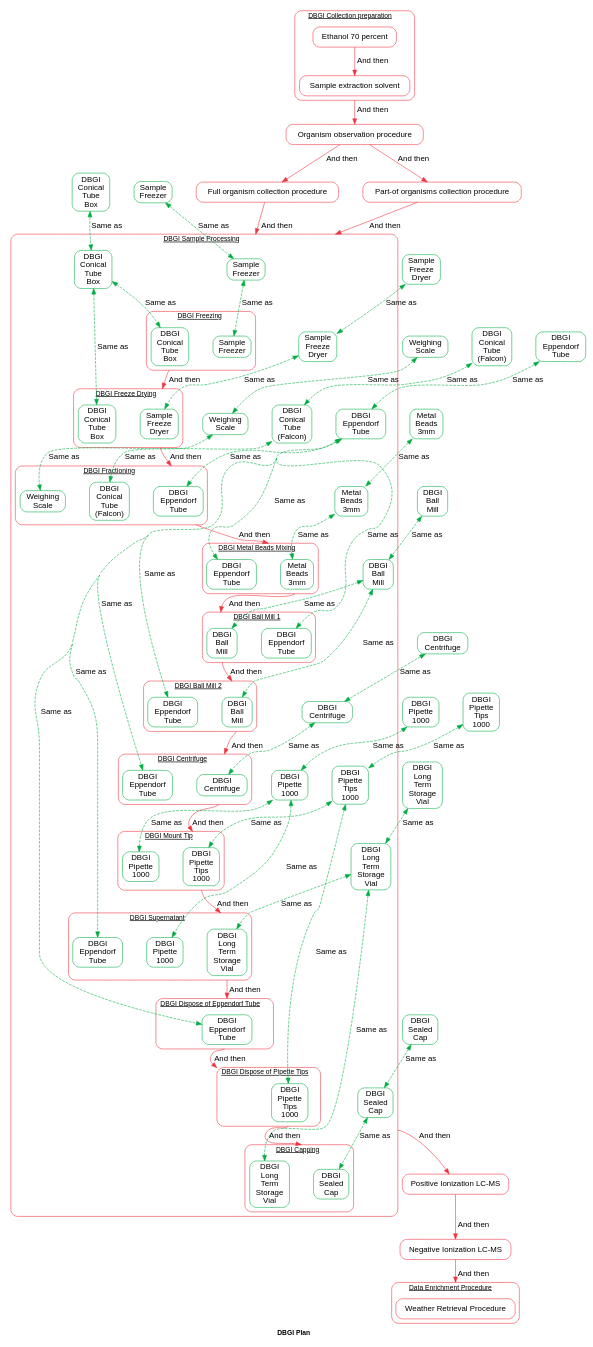
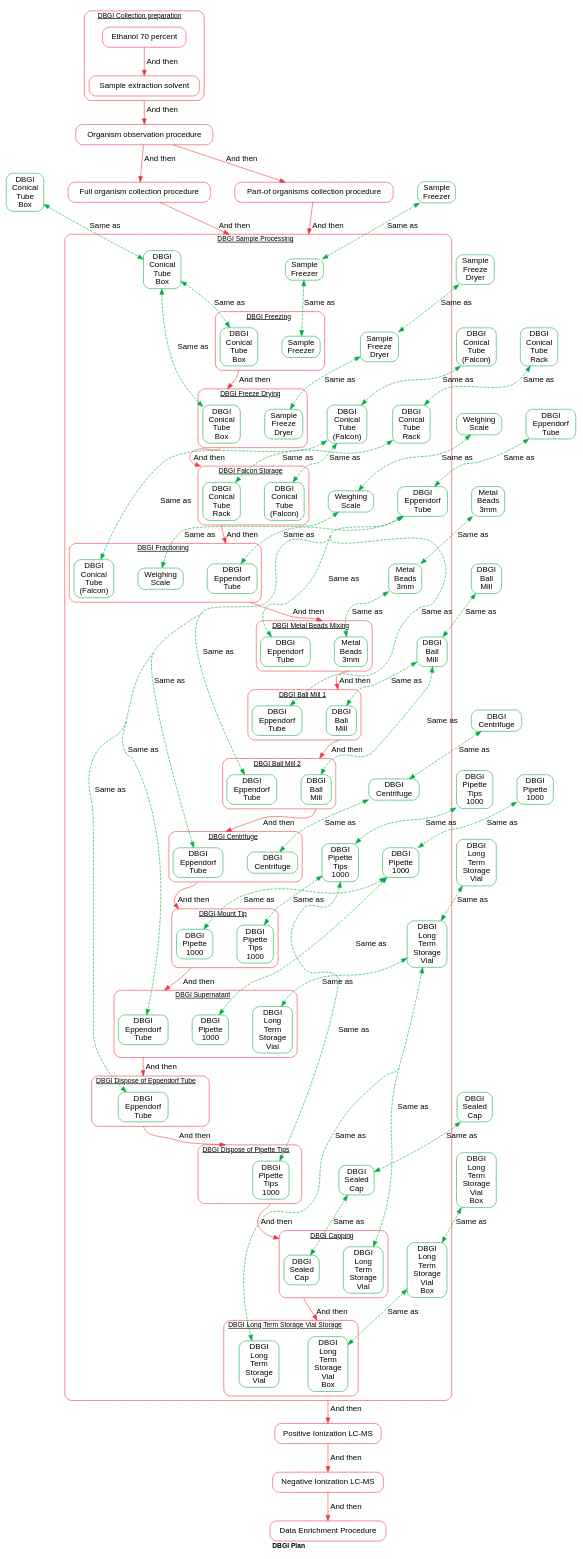
Before and after one commit to earth-metabolome-initiative/emi-monorepo: the diagram in data_migrations/init_migration/test_init_migration.dot, drawn with Graphviz. The commit also changed 252 other files, not shown here.

```diff
--- a/data_migrations/init_migration/test_init_migration.dot
+++ b/data_migrations/init_migration/test_init_migration.dot
@@ -11,32 +11,36 @@
 	];
 	node [style=rounded, fontname="Helvetica"];
 	edge [fontname="Helvetica"];
-    T38 [label="Sample\nFreezer", shape=box, color="#00ad43"];
-    T39 [label="DBGI\nConical\nTube\nBox", shape=box, color="#00ad43"];
-    T40 [label="Sample\nFreeze\nDryer", shape=box, color="#00ad43"];
-    T41 [label="Weighing\nScale", shape=box, color="#00ad43"];
-    T42 [label="DBGI\nConical\nTube\n(Falcon)", shape=box, color="#00ad43"];
-    T43 [label="DBGI\nEppendorf\nTube", shape=box, color="#00ad43"];
-    T44 [label="Metal\nBeads\n3mm", shape=box, color="#00ad43"];
-    T45 [label="DBGI\nBall\nMill", shape=box, color="#00ad43"];
-    T46 [label="DBGI\nCentrifuge", shape=box, color="#00ad43"];
-    T47 [label="DBGI\nPipette\n1000", shape=box, color="#00ad43"];
-    T48 [label="DBGI\nPipette\nTips\n1000", shape=box, color="#00ad43"];
-    T49 [label="DBGI\nLong\nTerm\nStorage\nVial", shape=box, color="#00ad43"];
-    T50 [label="DBGI\nSealed\nCap", shape=box, color="#00ad43"];
-    T38 -> T25 [dir=both, style=dashed, color="#00ad43", label="Same as"];
-    T39 -> T26 [dir=both, style=dashed, color="#00ad43", label="Same as"];
-    T40 -> T27 [dir=both, style=dashed, color="#00ad43", label="Same as"];
-    T41 -> T28 [dir=both, style=dashed, color="#00ad43", label="Same as"];
-    T42 -> T29 [dir=both, style=dashed, color="#00ad43", label="Same as"];
-    T43 -> T30 [dir=both, style=dashed, color="#00ad43", label="Same as"];
-    T44 -> T31 [dir=both, style=dashed, color="#00ad43", label="Same as"];
-    T45 -> T32 [dir=both, style=dashed, color="#00ad43", label="Same as"];
-    T46 -> T33 [dir=both, style=dashed, color="#00ad43", label="Same as"];
-    T47 -> T34 [dir=both, style=dashed, color="#00ad43", label="Same as"];
-    T48 -> T35 [dir=both, style=dashed, color="#00ad43", label="Same as"];
-    T49 -> T36 [dir=both, style=dashed, color="#00ad43", label="Same as"];
-    T50 -> T37 [dir=both, style=dashed, color="#00ad43", label="Same as"];
+    T44 [label="Sample\nFreezer", shape=box, color="#00ad43"];
+    T45 [label="DBGI\nConical\nTube\nBox", shape=box, color="#00ad43"];
+    T46 [label="Sample\nFreeze\nDryer", shape=box, color="#00ad43"];
+    T47 [label="DBGI\nConical\nTube\n(Falcon)", shape=box, color="#00ad43"];
+    T48 [label="DBGI\nConical\nTube\nRack", shape=box, color="#00ad43"];
+    T49 [label="Weighing\nScale", shape=box, color="#00ad43"];
+    T50 [label="DBGI\nEppendorf\nTube", shape=box, color="#00ad43"];
+    T51 [label="Metal\nBeads\n3mm", shape=box, color="#00ad43"];
+    T52 [label="DBGI\nBall\nMill", shape=box, color="#00ad43"];
+    T53 [label="DBGI\nCentrifuge", shape=box, color="#00ad43"];
+    T54 [label="DBGI\nPipette\nTips\n1000", shape=box, color="#00ad43"];
+    T55 [label="DBGI\nPipette\n1000", shape=box, color="#00ad43"];
+    T56 [label="DBGI\nLong\nTerm\nStorage\nVial", shape=box, color="#00ad43"];
+    T57 [label="DBGI\nSealed\nCap", shape=box, color="#00ad43"];
+    T58 [label="DBGI\nLong\nTerm\nStorage\nVial\nBox", shape=box, color="#00ad43"];
+    T44 -> T29 [dir=both, style=dashed, color="#00ad43", label="Same as"];
+    T45 -> T30 [dir=both, style=dashed, color="#00ad43", label="Same as"];
+    T46 -> T31 [dir=both, style=dashed, color="#00ad43", label="Same as"];
+    T47 -> T32 [dir=both, style=dashed, color="#00ad43", label="Same as"];
+    T48 -> T33 [dir=both, style=dashed, color="#00ad43", label="Same as"];
+    T49 -> T34 [dir=both, style=dashed, color="#00ad43", label="Same as"];
+    T50 -> T35 [dir=both, style=dashed, color="#00ad43", label="Same as"];
+    T51 -> T36 [dir=both, style=dashed, color="#00ad43", label="Same as"];
+    T52 -> T37 [dir=both, style=dashed, color="#00ad43", label="Same as"];
+    T53 -> T38 [dir=both, style=dashed, color="#00ad43", label="Same as"];
+    T54 -> T39 [dir=both, style=dashed, color="#00ad43", label="Same as"];
+    T55 -> T40 [dir=both, style=dashed, color="#00ad43", label="Same as"];
+    T56 -> T41 [dir=both, style=dashed, color="#00ad43", label="Same as"];
+    T57 -> T42 [dir=both, style=dashed, color="#00ad43", label="Same as"];
+    T58 -> T43 [dir=both, style=dashed, color="#00ad43", label="Same as"];
 subgraph cluster__0 {
 	label=<<U>DBGI Collection preparation</U>>;
 	style="rounded";
@@ -49,43 +53,49 @@
 	label=<<U>DBGI Sample Processing</U>>;
 	style="rounded";
 	color="#EF3340";
-    T25 [label="Sample\nFreezer", shape=box, color="#00ad43"];
-    T26 [label="DBGI\nConical\nTube\nBox", shape=box, color="#00ad43"];
-    T27 [label="Sample\nFreeze\nDryer", shape=box, color="#00ad43"];
-    T28 [label="Weighing\nScale", shape=box, color="#00ad43"];
-    T29 [label="DBGI\nConical\nTube\n(Falcon)", shape=box, color="#00ad43"];
-    T30 [label="DBGI\nEppendorf\nTube", shape=box, color="#00ad43"];
-    T31 [label="Metal\nBeads\n3mm", shape=box, color="#00ad43"];
-    T32 [label="DBGI\nBall\nMill", shape=box, color="#00ad43"];
-    T33 [label="DBGI\nCentrifuge", shape=box, color="#00ad43"];
-    T34 [label="DBGI\nPipette\n1000", shape=box, color="#00ad43"];
-    T35 [label="DBGI\nPipette\nTips\n1000", shape=box, color="#00ad43"];
-    T36 [label="DBGI\nLong\nTerm\nStorage\nVial", shape=box, color="#00ad43"];
-    T37 [label="DBGI\nSealed\nCap", shape=box, color="#00ad43"];
-    T25 -> T1 [dir=both, style=dashed, color="#00ad43", label="Same as"];
-    T26 -> T2 [dir=both, style=dashed, color="#00ad43", label="Same as"];
-    T26 -> T3 [dir=both, style=dashed, color="#00ad43", label="Same as"];
-    T27 -> T4 [dir=both, style=dashed, color="#00ad43", label="Same as"];
-    T28 -> T5 [dir=both, style=dashed, color="#00ad43", label="Same as"];
-    T29 -> T6 [dir=both, style=dashed, color="#00ad43", label="Same as"];
-    T30 -> T7 [dir=both, style=dashed, color="#00ad43", label="Same as"];
-    T30 -> T8 [dir=both, style=dashed, color="#00ad43", label="Same as"];
-    T30 -> T10 [dir=both, style=dashed, color="#00ad43", label="Same as"];
-    T30 -> T12 [dir=both, style=dashed, color="#00ad43", label="Same as"];
-    T30 -> T14 [dir=both, style=dashed, color="#00ad43", label="Same as"];
-    T30 -> T18 [dir=both, style=dashed, color="#00ad43", label="Same as"];
-    T30 -> T23 [dir=both, style=dashed, color="#00ad43", label="Same as"];
-    T31 -> T9 [dir=both, style=dashed, color="#00ad43", label="Same as"];
-    T32 -> T11 [dir=both, style=dashed, color="#00ad43", label="Same as"];
-    T32 -> T13 [dir=both, style=dashed, color="#00ad43", label="Same as"];
-    T33 -> T15 [dir=both, style=dashed, color="#00ad43", label="Same as"];
-    T34 -> T16 [dir=both, style=dashed, color="#00ad43", label="Same as"];
-    T34 -> T19 [dir=both, style=dashed, color="#00ad43", label="Same as"];
+    T29 [label="Sample\nFreezer", shape=box, color="#00ad43"];
+    T30 [label="DBGI\nConical\nTube\nBox", shape=box, color="#00ad43"];
+    T31 [label="Sample\nFreeze\nDryer", shape=box, color="#00ad43"];
+    T32 [label="DBGI\nConical\nTube\n(Falcon)", shape=box, color="#00ad43"];
+    T33 [label="DBGI\nConical\nTube\nRack", shape=box, color="#00ad43"];
+    T34 [label="Weighing\nScale", shape=box, color="#00ad43"];
+    T35 [label="DBGI\nEppendorf\nTube", shape=box, color="#00ad43"];
+    T36 [label="Metal\nBeads\n3mm", shape=box, color="#00ad43"];
+    T37 [label="DBGI\nBall\nMill", shape=box, color="#00ad43"];
+    T38 [label="DBGI\nCentrifuge", shape=box, color="#00ad43"];
+    T39 [label="DBGI\nPipette\nTips\n1000", shape=box, color="#00ad43"];
+    T40 [label="DBGI\nPipette\n1000", shape=box, color="#00ad43"];
+    T41 [label="DBGI\nLong\nTerm\nStorage\nVial", shape=box, color="#00ad43"];
+    T42 [label="DBGI\nSealed\nCap", shape=box, color="#00ad43"];
+    T43 [label="DBGI\nLong\nTerm\nStorage\nVial\nBox", shape=box, color="#00ad43"];
+    T29 -> T1 [dir=both, style=dashed, color="#00ad43", label="Same as"];
+    T30 -> T2 [dir=both, style=dashed, color="#00ad43", label="Same as"];
+    T30 -> T4 [dir=both, style=dashed, color="#00ad43", label="Same as"];
+    T31 -> T3 [dir=both, style=dashed, color="#00ad43", label="Same as"];
+    T32 -> T5 [dir=both, style=dashed, color="#00ad43", label="Same as"];
+    T32 -> T8 [dir=both, style=dashed, color="#00ad43", label="Same as"];
+    T33 -> T6 [dir=both, style=dashed, color="#00ad43", label="Same as"];
+    T34 -> T7 [dir=both, style=dashed, color="#00ad43", label="Same as"];
+    T35 -> T9 [dir=both, style=dashed, color="#00ad43", label="Same as"];
+    T35 -> T10 [dir=both, style=dashed, color="#00ad43", label="Same as"];
+    T35 -> T12 [dir=both, style=dashed, color="#00ad43", label="Same as"];
+    T35 -> T14 [dir=both, style=dashed, color="#00ad43", label="Same as"];
     T35 -> T17 [dir=both, style=dashed, color="#00ad43", label="Same as"];
-    T35 -> T24 [dir=both, style=dashed, color="#00ad43", label="Same as"];
-    T36 -> T20 [dir=both, style=dashed, color="#00ad43", label="Same as"];
-    T36 -> T21 [dir=both, style=dashed, color="#00ad43", label="Same as"];
-    T37 -> T22 [dir=both, style=dashed, color="#00ad43", label="Same as"];
+    T35 -> T22 [dir=both, style=dashed, color="#00ad43", label="Same as"];
+    T35 -> T27 [dir=both, style=dashed, color="#00ad43", label="Same as"];
+    T36 -> T11 [dir=both, style=dashed, color="#00ad43", label="Same as"];
+    T37 -> T13 [dir=both, style=dashed, color="#00ad43", label="Same as"];
+    T37 -> T15 [dir=both, style=dashed, color="#00ad43", label="Same as"];
+    T38 -> T16 [dir=both, style=dashed, color="#00ad43", label="Same as"];
+    T39 -> T18 [dir=both, style=dashed, color="#00ad43", label="Same as"];
+    T39 -> T28 [dir=both, style=dashed, color="#00ad43", label="Same as"];
+    T40 -> T19 [dir=both, style=dashed, color="#00ad43", label="Same as"];
+    T40 -> T21 [dir=both, style=dashed, color="#00ad43", label="Same as"];
+    T41 -> T20 [dir=both, style=dashed, color="#00ad43", label="Same as"];
+    T41 -> T23 [dir=both, style=dashed, color="#00ad43", label="Same as"];
+    T41 -> T25 [dir=both, style=dashed, color="#00ad43", label="Same as"];
+    T42 -> T24 [dir=both, style=dashed, color="#00ad43", label="Same as"];
+    T43 -> T26 [dir=both, style=dashed, color="#00ad43", label="Same as"];
 subgraph cluster__1_0 {
 	label=<<U>DBGI Freezing</U>>;
 	style="rounded";
@@ -97,108 +107,119 @@
 	label=<<U>DBGI Freeze Drying</U>>;
 	style="rounded";
 	color="#EF3340";
-    T3 [label="DBGI\nConical\nTube\nBox", shape=box, color="#00ad43"];
-    T4 [label="Sample\nFreeze\nDryer", shape=box, color="#00ad43"];
+    T3 [label="Sample\nFreeze\nDryer", shape=box, color="#00ad43"];
+    T4 [label="DBGI\nConical\nTube\nBox", shape=box, color="#00ad43"];
 }
 subgraph cluster__1_2 {
+	label=<<U>DBGI Falcon Storage</U>>;
+	style="rounded";
+	color="#EF3340";
+    T5 [label="DBGI\nConical\nTube\n(Falcon)", shape=box, color="#00ad43"];
+    T6 [label="DBGI\nConical\nTube\nRack", shape=box, color="#00ad43"];
+}
+subgraph cluster__1_3 {
 	label=<<U>DBGI Fractioning</U>>;
 	style="rounded";
 	color="#EF3340";
-    T5 [label="Weighing\nScale", shape=box, color="#00ad43"];
-    T6 [label="DBGI\nConical\nTube\n(Falcon)", shape=box, color="#00ad43"];
-    T7 [label="DBGI\nEppendorf\nTube", shape=box, color="#00ad43"];
+    T7 [label="Weighing\nScale", shape=box, color="#00ad43"];
+    T8 [label="DBGI\nConical\nTube\n(Falcon)", shape=box, color="#00ad43"];
+    T9 [label="DBGI\nEppendorf\nTube", shape=box, color="#00ad43"];
 }
-subgraph cluster__1_3 {
+subgraph cluster__1_4 {
 	label=<<U>DBGI Metal Beads Mixing</U>>;
 	style="rounded";
 	color="#EF3340";
-    T8 [label="DBGI\nEppendorf\nTube", shape=box, color="#00ad43"];
-    T9 [label="Metal\nBeads\n3mm", shape=box, color="#00ad43"];
-}
-subgraph cluster__1_4 {
-	label=<<U>DBGI Ball Mill 1</U>>;
-	style="rounded";
-	color="#EF3340";
     T10 [label="DBGI\nEppendorf\nTube", shape=box, color="#00ad43"];
-    T11 [label="DBGI\nBall\nMill", shape=box, color="#00ad43"];
+    T11 [label="Metal\nBeads\n3mm", shape=box, color="#00ad43"];
 }
 subgraph cluster__1_5 {
-	label=<<U>DBGI Ball Mill 2</U>>;
+	label=<<U>DBGI Ball Mill 1</U>>;
 	style="rounded";
 	color="#EF3340";
     T12 [label="DBGI\nEppendorf\nTube", shape=box, color="#00ad43"];
     T13 [label="DBGI\nBall\nMill", shape=box, color="#00ad43"];
 }
 subgraph cluster__1_6 {
+	label=<<U>DBGI Ball Mill 2</U>>;
+	style="rounded";
+	color="#EF3340";
+    T14 [label="DBGI\nEppendorf\nTube", shape=box, color="#00ad43"];
+    T15 [label="DBGI\nBall\nMill", shape=box, color="#00ad43"];
+}
+subgraph cluster__1_7 {
 	label=<<U>DBGI Centrifuge</U>>;
 	style="rounded";
 	color="#EF3340";
-    T14 [label="DBGI\nEppendorf\nTube", shape=box, color="#00ad43"];
-    T15 [label="DBGI\nCentrifuge", shape=box, color="#00ad43"];
+    T16 [label="DBGI\nCentrifuge", shape=box, color="#00ad43"];
+    T17 [label="DBGI\nEppendorf\nTube", shape=box, color="#00ad43"];
 }
-subgraph cluster__1_7 {
+subgraph cluster__1_8 {
 	label=<<U>DBGI Mount Tip</U>>;
 	style="rounded";
 	color="#EF3340";
-    T16 [label="DBGI\nPipette\n1000", shape=box, color="#00ad43"];
-    T17 [label="DBGI\nPipette\nTips\n1000", shape=box, color="#00ad43"];
+    T18 [label="DBGI\nPipette\nTips\n1000", shape=box, color="#00ad43"];
+    T19 [label="DBGI\nPipette\n1000", shape=box, color="#00ad43"];
 }
-subgraph cluster__1_8 {
+subgraph cluster__1_9 {
 	label=<<U>DBGI Supernatant</U>>;
 	style="rounded";
 	color="#EF3340";
-    T18 [label="DBGI\nEppendorf\nTube", shape=box, color="#00ad43"];
-    T19 [label="DBGI\nPipette\n1000", shape=box, color="#00ad43"];
     T20 [label="DBGI\nLong\nTerm\nStorage\nVial", shape=box, color="#00ad43"];
+    T21 [label="DBGI\nPipette\n1000", shape=box, color="#00ad43"];
+    T22 [label="DBGI\nEppendorf\nTube", shape=box, color="#00ad43"];
 }
-subgraph cluster__1_9 {
+subgraph cluster__1_10 {
 	label=<<U>DBGI Capping</U>>;
 	style="rounded";
 	color="#EF3340";
-    T21 [label="DBGI\nLong\nTerm\nStorage\nVial", shape=box, color="#00ad43"];
-    T22 [label="DBGI\nSealed\nCap", shape=box, color="#00ad43"];
+    T23 [label="DBGI\nLong\nTerm\nStorage\nVial", shape=box, color="#00ad43"];
+    T24 [label="DBGI\nSealed\nCap", shape=box, color="#00ad43"];
 }
-subgraph cluster__1_10 {
+subgraph cluster__1_11 {
+	label=<<U>DBGI Long Term Storage Vial Storage</U>>;
+	style="rounded";
+	color="#EF3340";
+    T25 [label="DBGI\nLong\nTerm\nStorage\nVial", shape=box, color="#00ad43"];
+    T26 [label="DBGI\nLong\nTerm\nStorage\nVial\nBox", shape=box, color="#00ad43"];
+}
+subgraph cluster__1_12 {
 	label=<<U>DBGI Dispose of Eppendorf Tube</U>>;
 	style="rounded";
 	color="#EF3340";
-    T23 [label="DBGI\nEppendorf\nTube", shape=box, color="#00ad43"];
+    T27 [label="DBGI\nEppendorf\nTube", shape=box, color="#00ad43"];
 }
-subgraph cluster__1_11 {
+subgraph cluster__1_13 {
 	label=<<U>DBGI Dispose of Pipette Tips</U>>;
 	style="rounded";
 	color="#EF3340";
-    T24 [label="DBGI\nPipette\nTips\n1000", shape=box, color="#00ad43"];
+    T28 [label="DBGI\nPipette\nTips\n1000", shape=box, color="#00ad43"];
 }
     T2:s -> T4:n [label="And then", color="#EF3340", ltail=cluster__1_0, lhead=cluster__1_1];
-    T4:s -> T7:n [label="And then", color="#EF3340", ltail=cluster__1_1, lhead=cluster__1_2];
-    T7:s -> T9:n [label="And then", color="#EF3340", ltail=cluster__1_2, lhead=cluster__1_3];
+    T4:s -> T6:n [label="And then", color="#EF3340", ltail=cluster__1_1, lhead=cluster__1_2];
+    T6:s -> T9:n [label="And then", color="#EF3340", ltail=cluster__1_2, lhead=cluster__1_3];
     T9:s -> T11:n [label="And then", color="#EF3340", ltail=cluster__1_3, lhead=cluster__1_4];
     T11:s -> T13:n [label="And then", color="#EF3340", ltail=cluster__1_4, lhead=cluster__1_5];
     T13:s -> T15:n [label="And then", color="#EF3340", ltail=cluster__1_5, lhead=cluster__1_6];
     T15:s -> T17:n [label="And then", color="#EF3340", ltail=cluster__1_6, lhead=cluster__1_7];
-    T17:s -> T20:n [label="And then", color="#EF3340", ltail=cluster__1_7, lhead=cluster__1_8];
-    T20:s -> T23:n [label="And then", color="#EF3340", ltail=cluster__1_8, lhead=cluster__1_10];
-    T23:s -> T24:n [label="And then", color="#EF3340", ltail=cluster__1_10, lhead=cluster__1_11];
-    T24:s -> T22:n [label="And then", color="#EF3340", ltail=cluster__1_11, lhead=cluster__1_9];
+    T17:s -> T19:n [label="And then", color="#EF3340", ltail=cluster__1_7, lhead=cluster__1_8];
+    T19:s -> T22:n [label="And then", color="#EF3340", ltail=cluster__1_8, lhead=cluster__1_9];
+    T22:s -> T27:n [label="And then", color="#EF3340", ltail=cluster__1_9, lhead=cluster__1_12];
+    T24:s -> T26:n [label="And then", color="#EF3340", ltail=cluster__1_10, lhead=cluster__1_11];
+    T27:s -> T28:n [label="And then", color="#EF3340", ltail=cluster__1_12, lhead=cluster__1_13];
+    T28:s -> T24:n [label="And then", color="#EF3340", ltail=cluster__1_13, lhead=cluster__1_10];
 }
-    P18 [label="Positive Ionization LC-MS", shape=box, color="#EF3340"];
-    P19 [label="Negative Ionization LC-MS", shape=box, color="#EF3340"];
-    P20 [label="Organism observation procedure", shape=box, color="#EF3340"];
-    P21 [label="Full organism collection procedure", shape=box, color="#EF3340"];
-    P22 [label="Part-of organisms collection procedure", shape=box, color="#EF3340"];
-subgraph cluster__7 {
-	label=<<U>Data Enrichment Procedure</U>>;
-	style="rounded";
-	color="#EF3340";
-	P24 [label="Weather Retrieval Procedure", shape=box, color="#EF3340"];
+    P20 [label="Positive Ionization LC-MS", shape=box, color="#EF3340"];
+    P21 [label="Negative Ionization LC-MS", shape=box, color="#EF3340"];
+    P22 [label="Organism observation procedure", shape=box, color="#EF3340"];
+    P23 [label="Full organism collection procedure", shape=box, color="#EF3340"];
+    P24 [label="Part-of organisms collection procedure", shape=box, color="#EF3340"];
+    P25 [label="Data Enrichment Procedure", shape=box, color="#EF3340"];
+    P4 -> P22 [label="And then", color="#EF3340", ltail=cluster__0];
+    T26 -> P20 [label="And then", color="#EF3340", ltail=cluster__1];
+    P20 -> P21 [label="And then", color="#EF3340"];
+    P21 -> P25 [label="And then", color="#EF3340"];
+    P22 -> P23 [label="And then", color="#EF3340"];
+    P22 -> P24 [label="And then", color="#EF3340"];
+    P23 -> T29 [label="And then", color="#EF3340", lhead=cluster__1];
+    P24 -> T29 [label="And then", color="#EF3340", lhead=cluster__1];
 }
-    P4 -> P20 [label="And then", color="#EF3340", ltail=cluster__0];
-    T24 -> P18 [label="And then", color="#EF3340", ltail=cluster__1];
-    P18 -> P19 [label="And then", color="#EF3340"];
-    P19 -> P24 [label="And then", color="#EF3340", lhead=cluster__7];
-    P20 -> P21 [label="And then", color="#EF3340"];
-    P20 -> P22 [label="And then", color="#EF3340"];
-    P21 -> T25 [label="And then", color="#EF3340", lhead=cluster__1];
-    P22 -> T25 [label="And then", color="#EF3340", lhead=cluster__1];
-}
```
